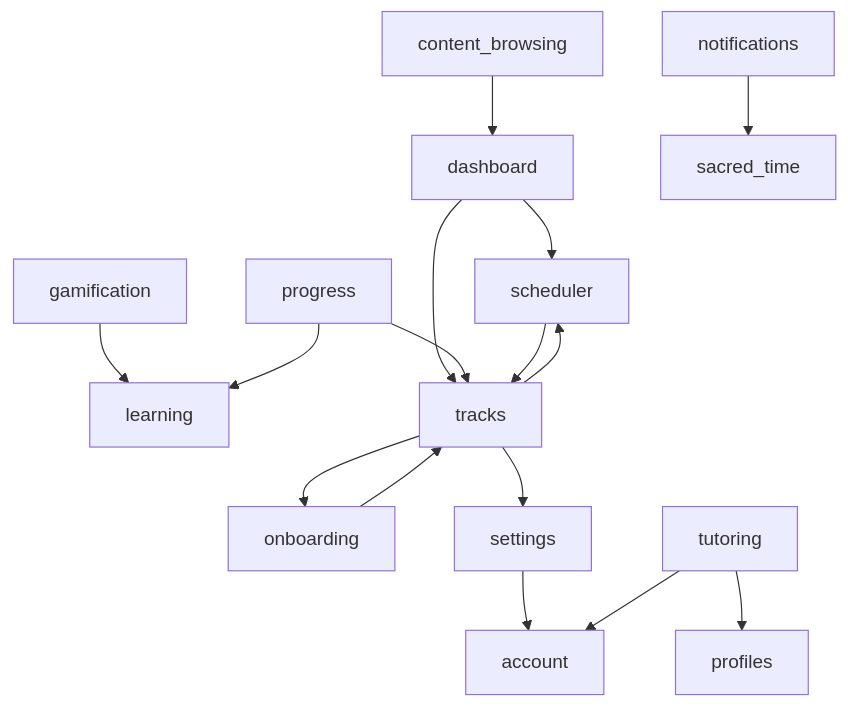
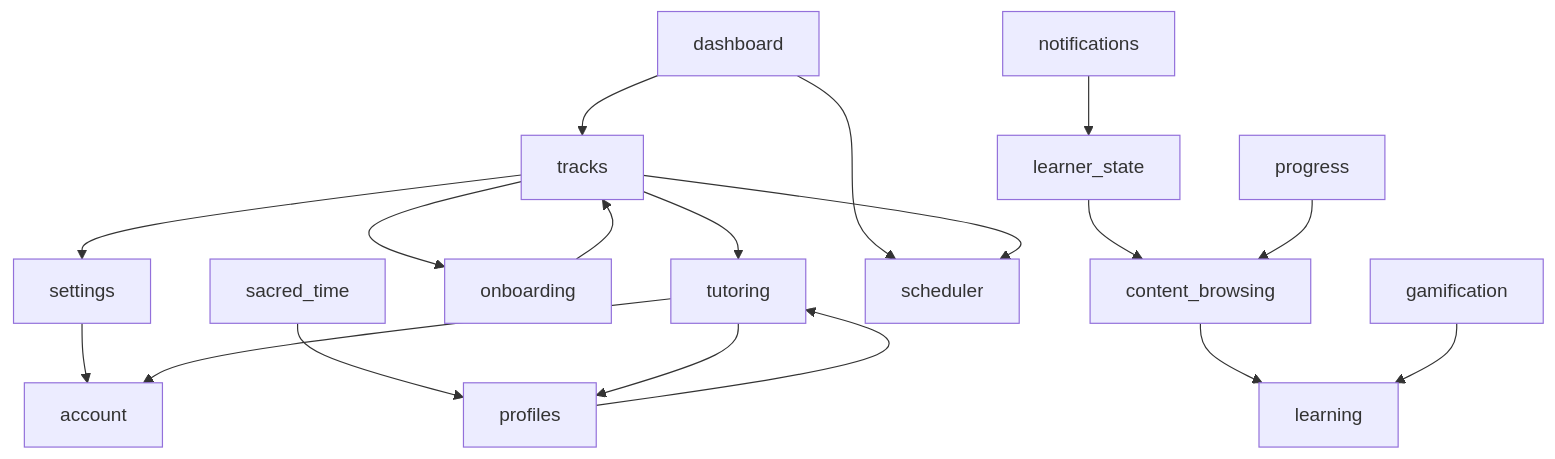
One commit to dniasoff/learning-tracker changed the second of 4 diagrams in docs/architecture.md. Above: the diagram before and after it, drawn with Mermaid. The commit also changed other lines of this file and 20 other files, not shown here.

````diff
--- a/docs/architecture.md
+++ b/docs/architecture.md
@@ -240,33 +240,36 @@
 ```mermaid
 graph TD
     account["account"]
     content_browsing["content_browsing"]
     dashboard["dashboard"]
     gamification["gamification"]
+    learner_state["learner_state"]
     learning["learning"]
     notifications["notifications"]
     onboarding["onboarding"]
     profiles["profiles"]
     progress["progress"]
     sacred_time["sacred_time"]
     scheduler["scheduler"]
     settings["settings"]
     tracks["tracks"]
     tutoring["tutoring"]
 
-    content_browsing --> dashboard
+    content_browsing --> learning
     dashboard --> scheduler
     dashboard --> tracks
     gamification --> learning
-    notifications --> sacred_time
+    learner_state --> content_browsing
+    notifications --> learner_state
     onboarding --> tracks
-    progress --> learning
-    progress --> tracks
-    scheduler --> tracks
+    profiles --> tutoring
+    progress --> content_browsing
+    sacred_time --> profiles
     settings --> account
     tracks --> onboarding
     tracks --> scheduler
     tracks --> settings
+    tracks --> tutoring
     tutoring --> account
     tutoring --> profiles
 ```
````
